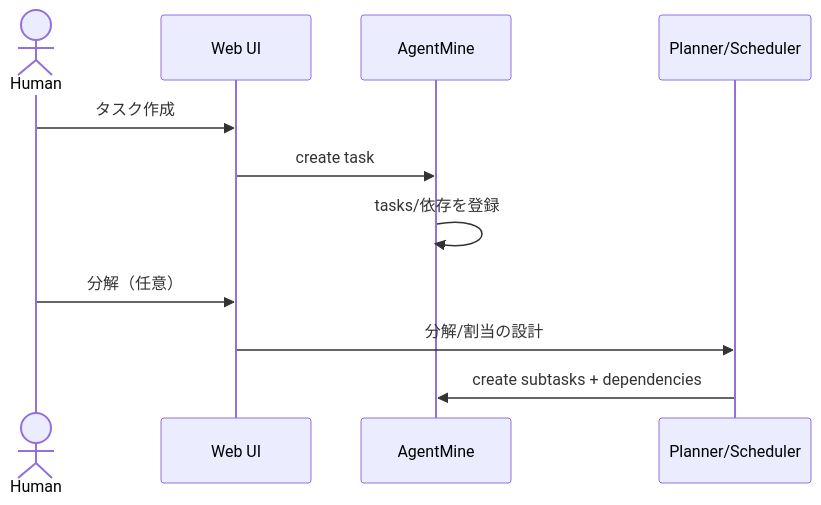
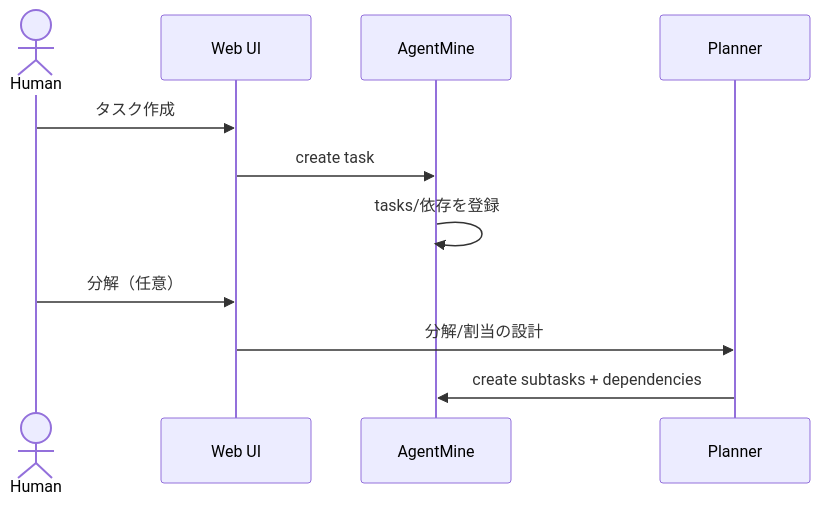
One commit to krtw00/AgentMine changed the first of 3 diagrams in docs/03-details/flows.md. Above: the diagram before and after it, drawn with Mermaid. The commit also changed other lines of this file and 13 other files, not shown here.

````diff
--- a/docs/03-details/flows.md
+++ b/docs/03-details/flows.md
@@ -54,14 +54,14 @@
 ```mermaid
 sequenceDiagram
     actor H as Human
     participant UI as Web UI
     participant A as AgentMine
-    participant P as Planner/Scheduler
+    participant P as Planner
 
     H->>UI: タスク作成
     UI->>A: create task
     A->>A: tasks/依存を登録
     H->>UI: 分解（任意）
     UI->>P: 分解/割当の設計
     P->>A: create subtasks + dependencies
 ```
````
